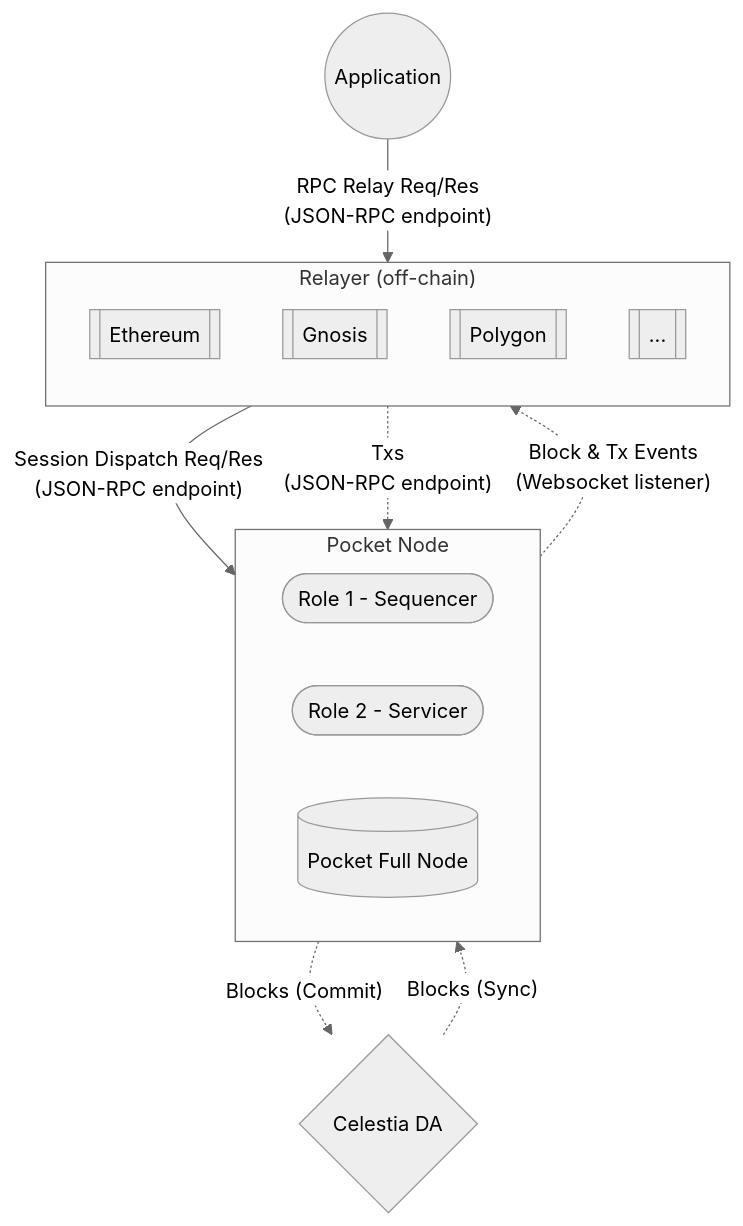
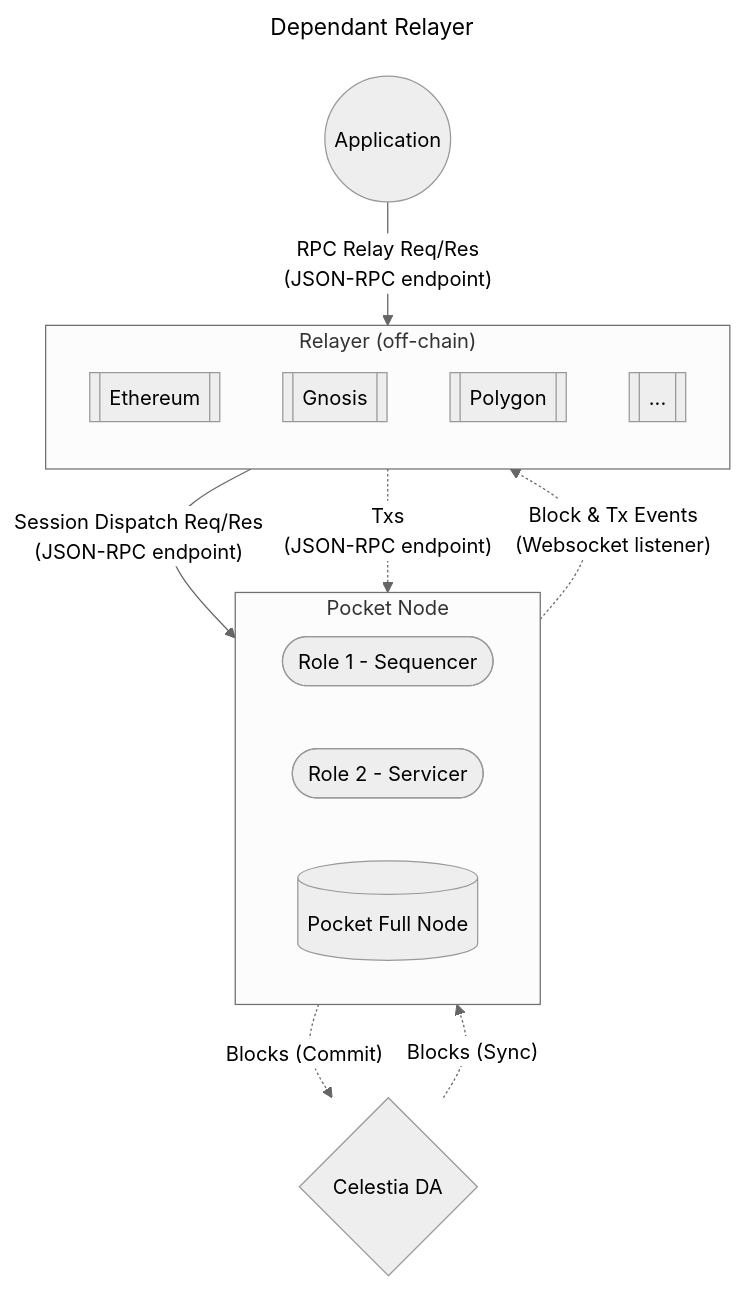
Before and after one commit to pokt-network/poktroll-alpha: the first of 2 diagrams in docs/nodes.md, drawn with Mermaid (neutral theme). The commit also changed other lines of this file, not shown here.

Commit message:
Add back titles

````diff
--- a/docs/nodes.md
+++ b/docs/nodes.md
@@ -26,24 +26,27 @@
 ```mermaid
+---
+title: Dependant Relayer
+---
 flowchart TB
     a(("Application"))
     subgraph p["Pocket Node"]
         direction LR
         rs([Role 1 - Sequencer])
         rv([Role 2 - Servicer])
         pl1[("Pocket Full Node")]
     end
     subgraph r["Relayer (off-chain)"]
         direction TB
         eth[["Ethereum"]]
         gn[["Gnosis"]]
         pg[["Polygon"]]
         etc[["..."]]
     end
     c{"Celestia DA"}
     a -- RPC Relay Req/Res \n (JSON-RPC endpoint) --> r
     p -. Block & Tx Events \n (Websocket listener).-> r
     r -- Session Dispatch Req/Res \n (JSON-RPC endpoint)--> p
     r -. Txs \n (JSON-RPC endpoint).-> p
     p -. Blocks (Commit) .->c
     c -. Blocks (Sync) .-> p
 ```
````
